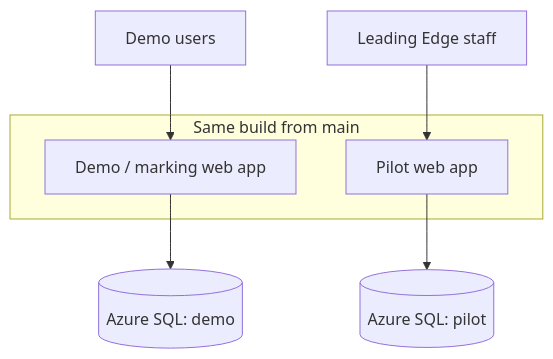
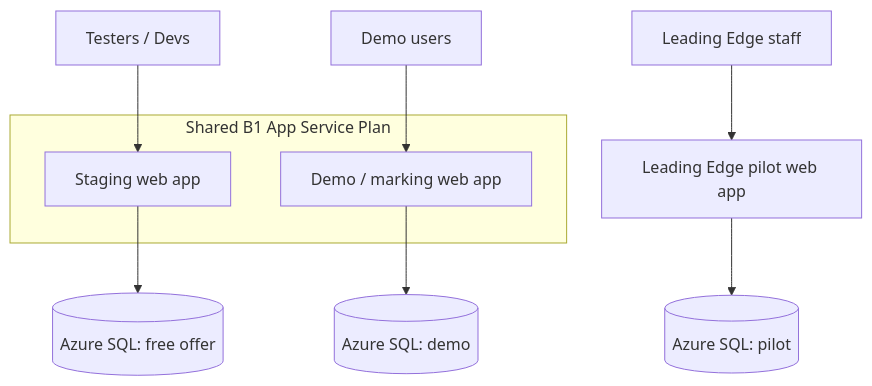
The fifth of 5 diagrams in README.md (Doingle/TimePlanner_LeadingEdge_INSY7315_XBCAD), drawn with Mermaid before and after one commit. The commit also changed other lines of this file, not shown here.

````diff
--- a/README.md
+++ b/README.md
@@ -1189,11 +1223,14 @@
 ```mermaid
 flowchart TB
-  subgraph Plan[Same build from main]
+  subgraph Plan[Shared B1 App Service Plan]
+    S[Staging web app]
     M[Demo / marking web app]
-    P[Pilot web app]
   end
+  P[Leading Edge pilot web app]
+  S --> DS[(Azure SQL: free offer)]
   M --> DM[(Azure SQL: demo)]
   P --> DP[(Azure SQL: pilot)]
+  Testers[Testers / Devs] --> S
   Markers[Demo users] --> M
   Staff[Leading Edge staff] --> P
 ```
````
